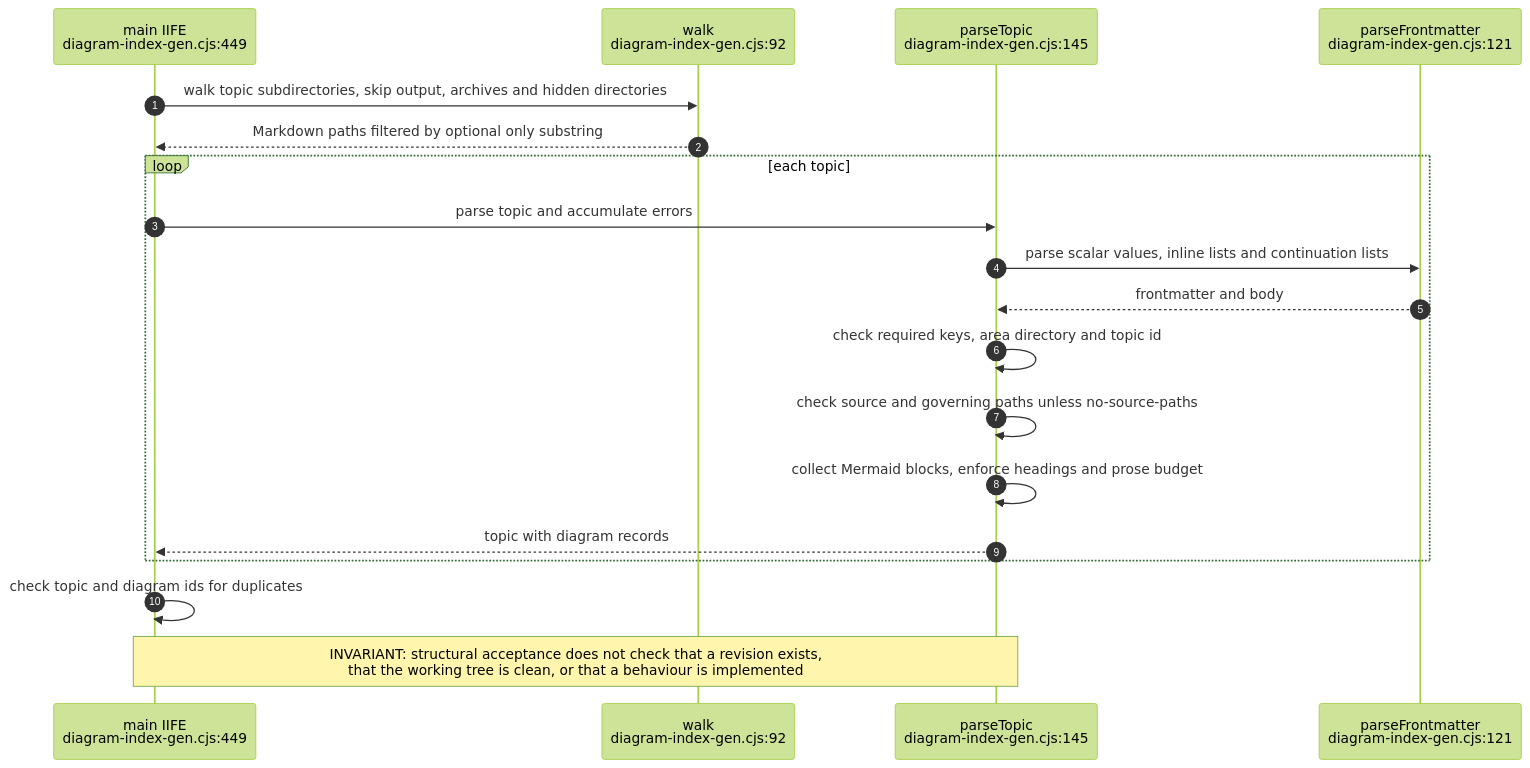
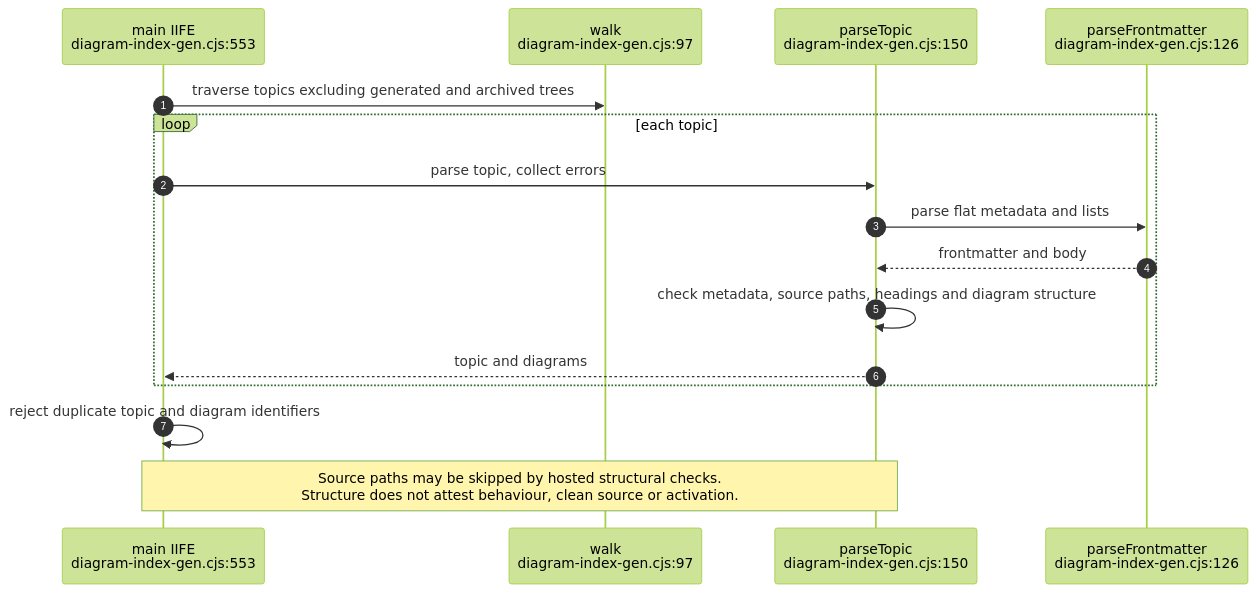
One commit to DreamLab-AI/VisionFlow changed the eighth of 13 diagrams in docs/diagrams/visionflow/06-diagram-tooling.md. Above: the diagram before and after it, drawn with Mermaid (forest theme). The commit also changed other lines of this file and 20 other files, not shown here.

Commit message:
fix: enforce citation checks and implement estate closeout tooling

````diff
--- a/docs/diagrams/visionflow/06-diagram-tooling.md
+++ b/docs/diagrams/visionflow/06-diagram-tooling.md
@@ -278,21 +278,18 @@
 ```mermaid
 sequenceDiagram
     autonumber
-    participant CLI as main IIFE<br/>diagram-index-gen.cjs:449
-    participant W as walk<br/>diagram-index-gen.cjs:92
-    participant P as parseTopic<br/>diagram-index-gen.cjs:145
-    participant F as parseFrontmatter<br/>diagram-index-gen.cjs:121
-    CLI->>W: walk topic subdirectories, skip output, archives and hidden directories
-    W-->>CLI: Markdown paths filtered by optional only substring
+    participant CLI as main IIFE<br/>diagram-index-gen.cjs:553
+    participant W as walk<br/>diagram-index-gen.cjs:97
+    participant P as parseTopic<br/>diagram-index-gen.cjs:150
+    participant F as parseFrontmatter<br/>diagram-index-gen.cjs:126
+    CLI->>W: traverse topics excluding generated and archived trees
     loop each topic
-        CLI->>P: parse topic and accumulate errors
-        P->>F: parse scalar values, inline lists and continuation lists
+        CLI->>P: parse topic, collect errors
+        P->>F: parse flat metadata and lists
         F-->>P: frontmatter and body
-        P->>P: check required keys, area directory and topic id
-        P->>P: check source and governing paths unless no-source-paths
-        P->>P: collect Mermaid blocks, enforce headings and prose budget
-        P-->>CLI: topic with diagram records
+        P->>P: check metadata, source paths, headings and diagram structure
+        P-->>CLI: topic and diagrams
     end
-    CLI->>CLI: check topic and diagram ids for duplicates
-    Note over CLI,P: INVARIANT: structural acceptance does not check that a revision exists,<br/>that the working tree is clean, or that a behaviour is implemented
+    CLI->>CLI: reject duplicate topic and diagram identifiers
+    Note over CLI,P: Source paths may be skipped by hosted structural checks.<br/>Structure does not attest behaviour, clean source or activation.
 ```
````
